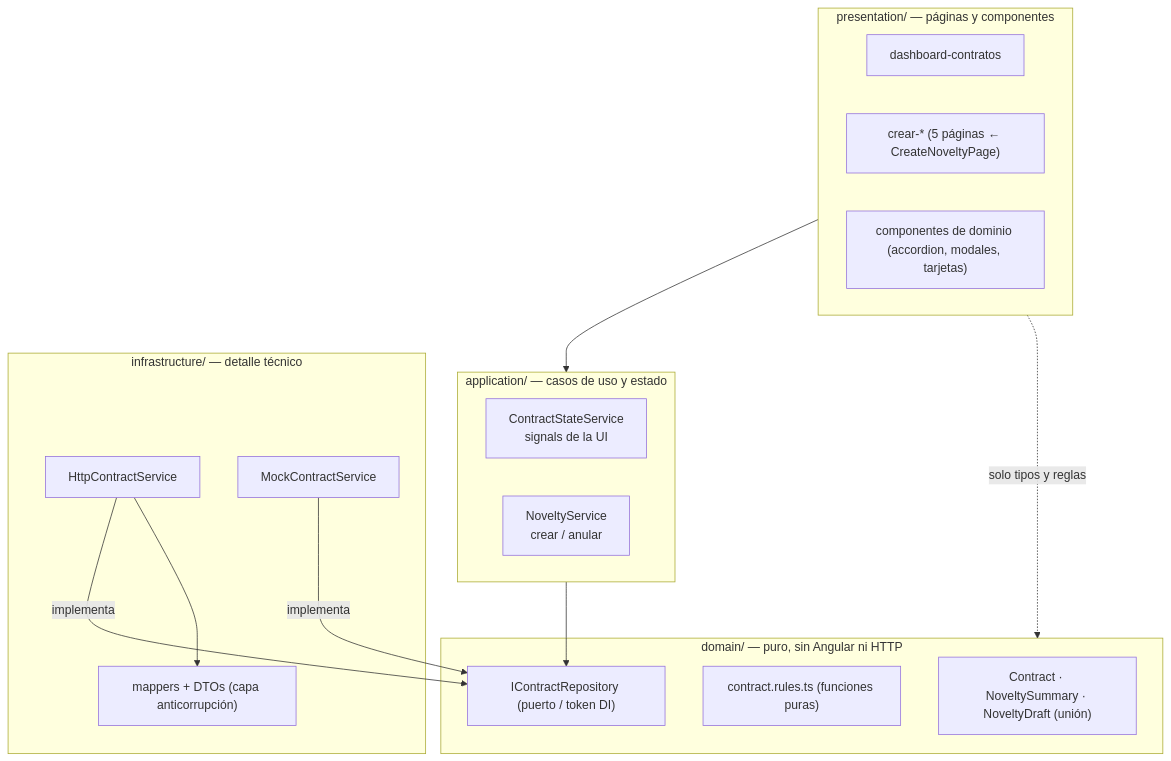
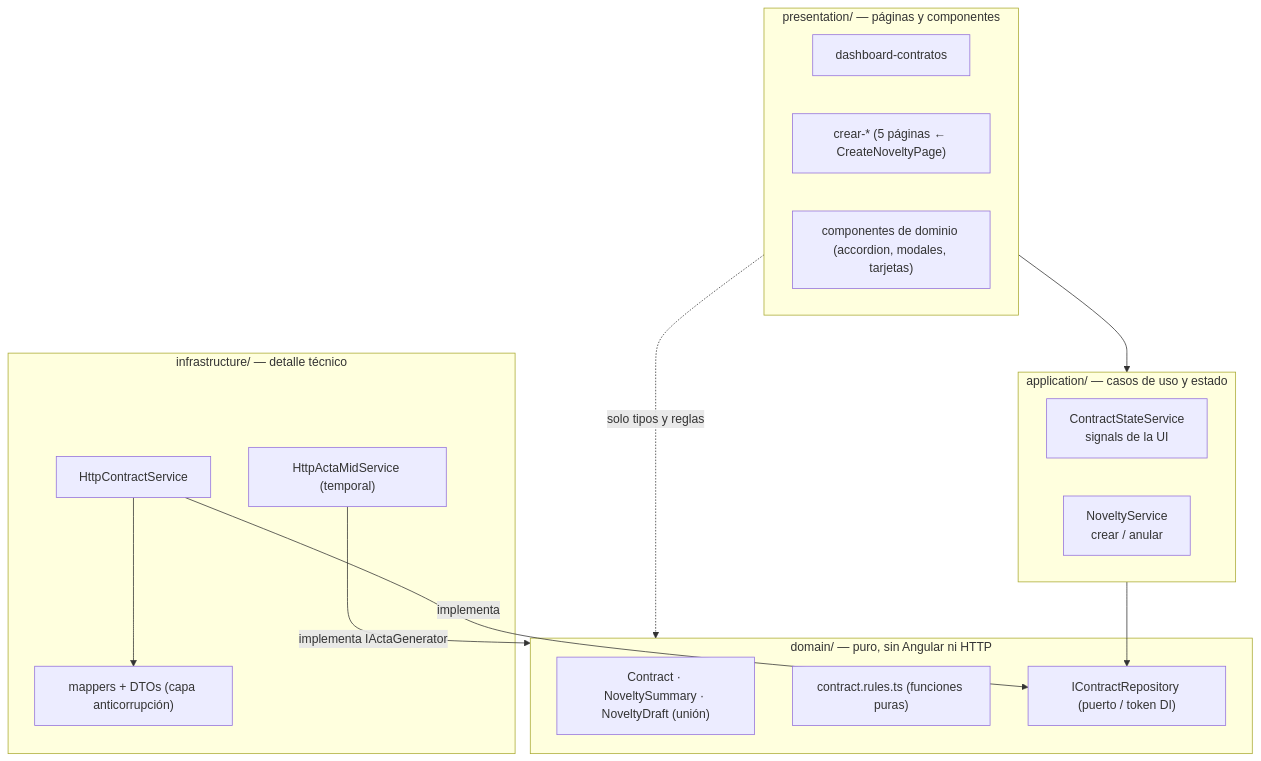
The first of 4 diagrams in docs/ARCHITECTURE.md (udistrital/novedades_mf), drawn with Mermaid before and after one commit. The commit also changed other lines of this file and 11 other files, not shown here.

````diff
--- a/docs/ARCHITECTURE.md
+++ b/docs/ARCHITECTURE.md
@@ -15,28 +15,28 @@
 ```mermaid
 graph TD
     subgraph presentation["presentation/ — páginas y componentes"]
         DASH[dashboard-contratos]
         PAGES["crear-* (5 páginas ← CreateNoveltyPage)"]
         COMP["componentes de dominio (accordion, modales, tarjetas)"]
     end
     subgraph application["application/ — casos de uso y estado"]
         CSS[ContractStateService<br/>signals de la UI]
         NS[NoveltyService<br/>crear / anular]
     end
     subgraph domain["domain/ — puro, sin Angular ni HTTP"]
         ENT["Contract · NoveltySummary · NoveltyDraft (unión)"]
         RULES["contract.rules.ts (funciones puras)"]
         PORT["IContractRepository (puerto / token DI)"]
     end
     subgraph infrastructure["infrastructure/ — detalle técnico"]
         HTTP[HttpContractService]
-        MOCK[MockContractService]
+        ACTA["HttpActaMidService (temporal)"]
         MAP["mappers + DTOs (capa anticorrupción)"]
     end
     presentation --> application
     application --> PORT
     presentation -.->|solo tipos y reglas| domain
     HTTP -->|implementa| PORT
-    MOCK -->|implementa| PORT
+    ACTA -->|implementa IActaGenerator| domain
     HTTP --> MAP
 ```
````
